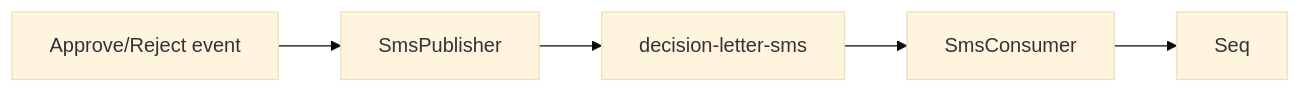
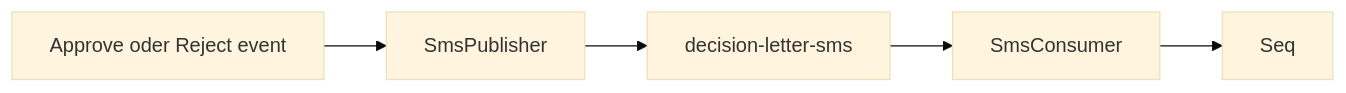
Before and after one commit to fdeniz07/BankApp: the first of 2 diagrams in docs/learning/de/25-decision-letter-sms.md, drawn with Mermaid (base theme). The commit also changed other lines of this file and 105 other files, not shown here.

First line of the commit message:
doc: Enrich learning chapters with labs, pitfalls, and safe Mermaid

````diff
--- a/docs/learning/de/25-decision-letter-sms.md
+++ b/docs/learning/de/25-decision-letter-sms.md
@@ -12,9 +14,9 @@
 ```mermaid
 flowchart LR
-  evt[Approve/Reject event]
+  evt["Approve oder Reject event"]
   pub[SmsPublisher]
   q[decision-letter-sms]
   cons[SmsConsumer]
   seq[Seq]
   evt --> pub --> q --> cons --> seq
 ```
````
